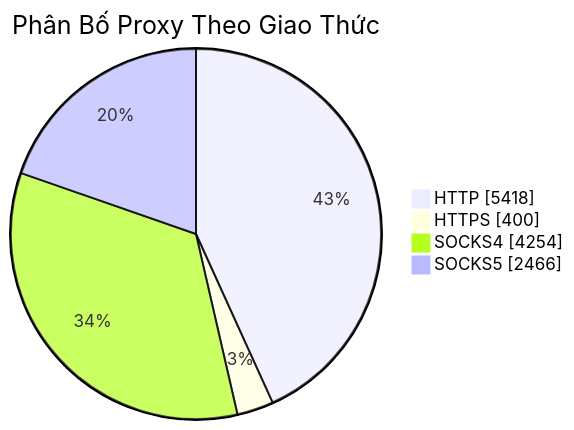
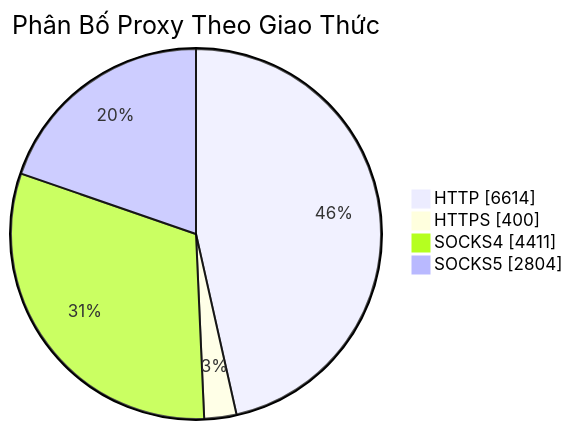
One commit to Ciara-Aa/PROXY-free changed the diagram in README.md. Above: the diagram before and after it, drawn with Mermaid. The commit also changed other lines of this file and 4 other files, not shown here.

````diff
--- a/README.md
+++ b/README.md
@@ -26,7 +26,7 @@
 ```mermaid
 pie showData title Phân Bố Proxy Theo Giao Thức
-    "HTTP" : 5418
+    "HTTP" : 6614
     "HTTPS" : 400
-    "SOCKS4" : 4254
-    "SOCKS5" : 2466
+    "SOCKS4" : 4411
+    "SOCKS5" : 2804
 ```
````
